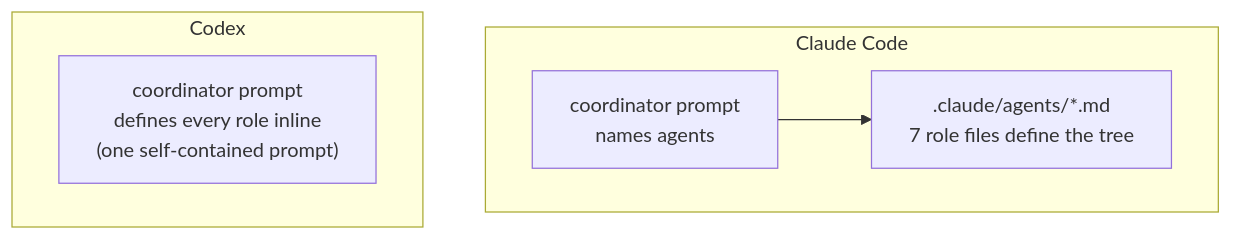
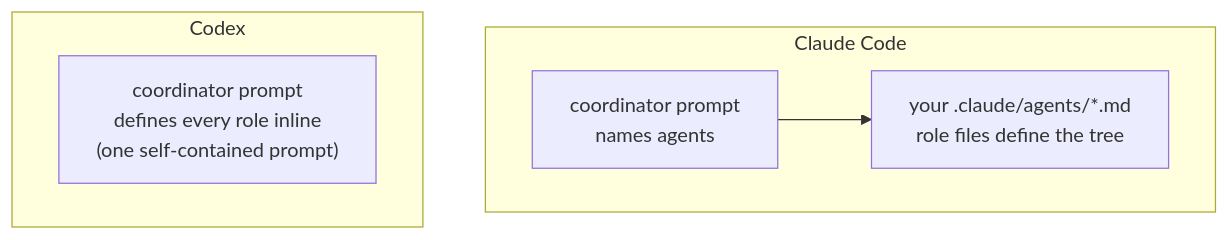
Before and after one commit to owainlewis/youtube-tutorials: the seventh of 7 diagrams in tutorials/nested-subagents-claude-code/LESSON.md, drawn with Mermaid. The commit also changed other lines of this file and 17 other files, not shown here.

````diff
--- a/tutorials/nested-subagents-claude-code/LESSON.md
+++ b/tutorials/nested-subagents-claude-code/LESSON.md
@@ -262,10 +278,10 @@
 ```mermaid
 graph TD
     subgraph CC ["Claude Code"]
-        P1["coordinator prompt<br/>names agents"] --> A1[".claude/agents/*.md<br/>7 role files define the tree"]
+        P1["coordinator prompt<br/>names agents"] --> A1["your .claude/agents/*.md<br/>role files define the tree"]
     end
 
     subgraph CX ["Codex"]
         P2["coordinator prompt<br/>defines every role inline<br/>(one self-contained prompt)"]
     end
 ```
````
